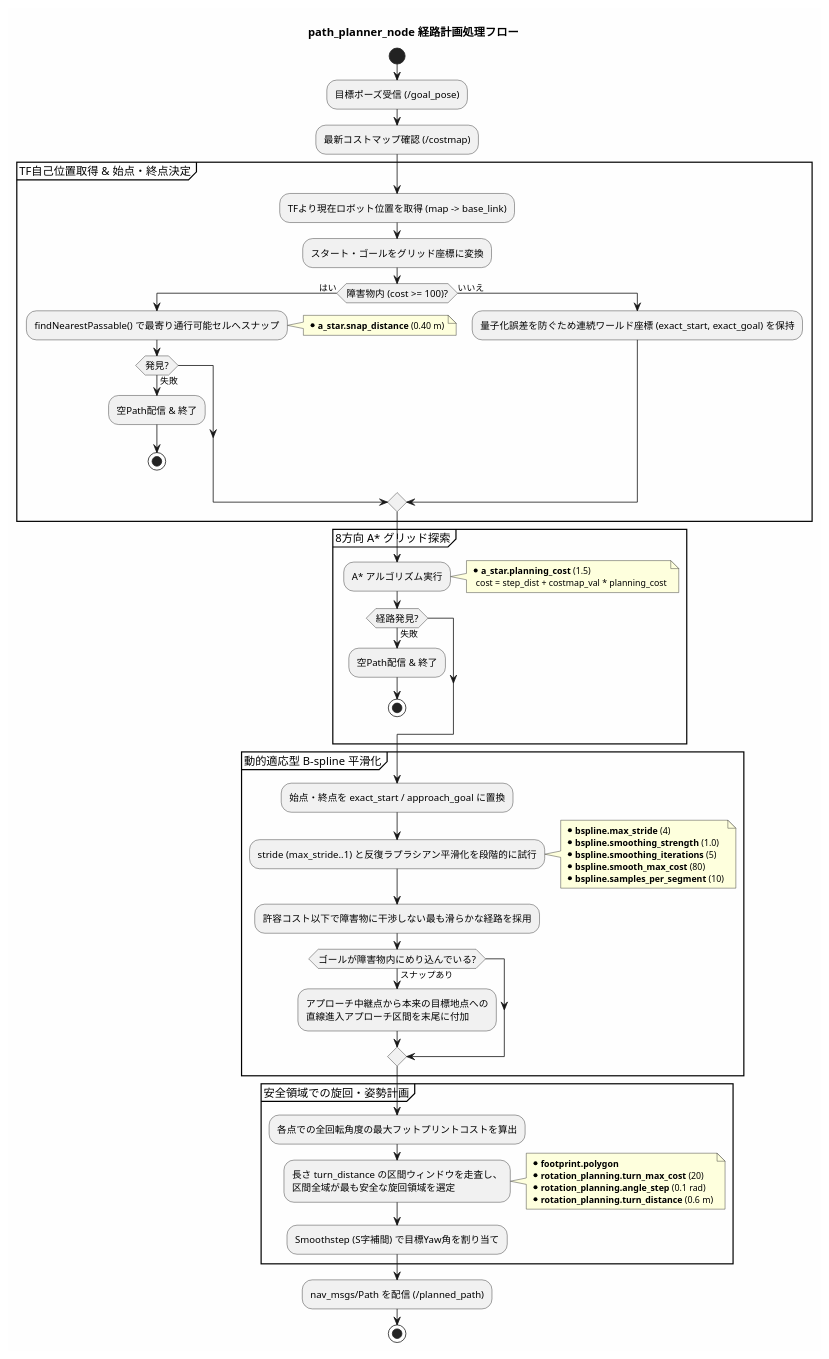
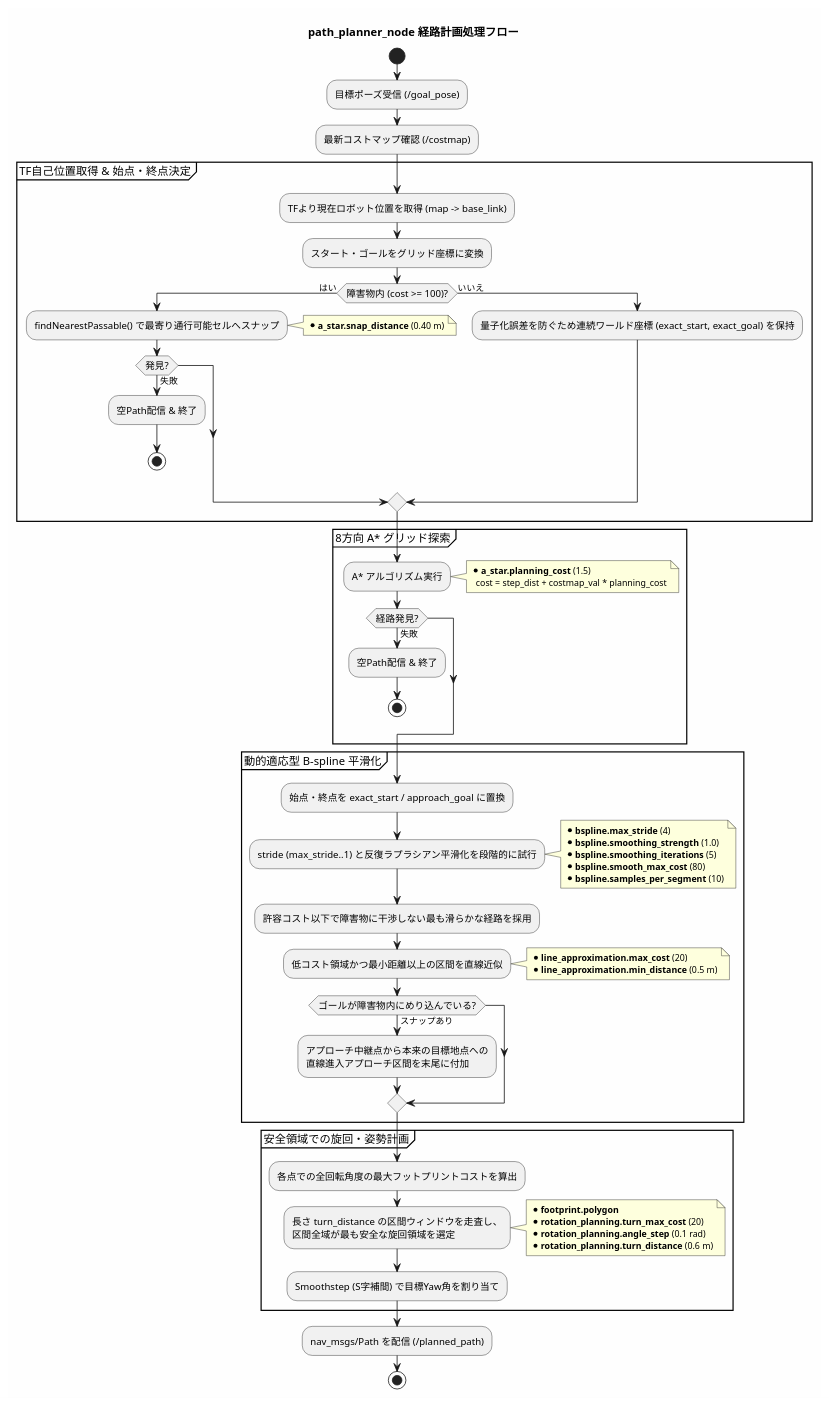
One commit to tmcit-ararobo-2026a/gn10-navigation changed the diagram in docs/path_planner_flow.pu. Above: the diagram before and after it, drawn with PlantUML. The commit also changed 8 other files, not shown here.

```diff
--- a/docs/path_planner_flow.pu
+++ b/docs/path_planner_flow.pu
@@ -1,74 +1,79 @@
 @startuml path_planner_flow
 skinparam backgroundColor #FEFEFE
 skinparam activityFontSize 12
 skinparam noteFontSize 11
 
 title path_planner_node 経路計画処理フロー
 
 start
 
 :目標ポーズ受信 (/goal_pose);
 :最新コストマップ確認 (/costmap);
 
 partition "TF自己位置取得 & 始点・終点決定" {
     :TFより現在ロボット位置を取得 (map -> base_link);
     :スタート・ゴールをグリッド座標に変換;
     if (障害物内 (cost >= 100)?) then (はい)
         :findNearestPassable() で最寄り通行可能セルへスナップ;
         note right
           * <b>a_star.snap_distance</b> (0.40 m)
         end note
         if (発見?) then (失敗)
             :空Path配信 & 終了;
             stop
         endif
     else (いいえ)
         :量子化誤差を防ぐため連続ワールド座標 (exact_start, exact_goal) を保持;
     endif
 }
 
 partition "8方向 A* グリッド探索" {
     :A* アルゴリズム実行;
     note right
       * <b>a_star.planning_cost</b> (1.5)
         cost = step_dist + costmap_val * planning_cost
     end note
     if (経路発見?) then (失敗)
         :空Path配信 & 終了;
         stop
     endif
 }
 
 partition "動的適応型 B-spline 平滑化" {
     :始点・終点を exact_start / approach_goal に置換;
     :stride (max_stride..1) と反復ラプラシアン平滑化を段階的に試行;
     note right
       * <b>bspline.max_stride</b> (4)
       * <b>bspline.smoothing_strength</b> (1.0)
       * <b>bspline.smoothing_iterations</b> (5)
       * <b>bspline.smooth_max_cost</b> (80)
       * <b>bspline.samples_per_segment</b> (10)
     end note
     :許容コスト以下で障害物に干渉しない最も滑らかな経路を採用;
+    :低コスト領域かつ最小距離以上の区間を直線近似;
+    note right
+      * <b>line_approximation.max_cost</b> (20)
+      * <b>line_approximation.min_distance</b> (0.5 m)
+    end note
     if (ゴールが障害物内にめり込んでいる?) then (スナップあり)
         :アプローチ中継点から本来の目標地点への\n直線進入アプローチ区間を末尾に付加;
     endif
 }
 
 partition "安全領域での旋回・姿勢計画" {
     :各点での全回転角度の最大フットプリントコストを算出;
     :長さ turn_distance の区間ウィンドウを走査し、\n区間全域が最も安全な旋回領域を選定;
     note right
       * <b>footprint.polygon</b>
       * <b>rotation_planning.turn_max_cost</b> (20)
       * <b>rotation_planning.angle_step</b> (0.1 rad)
       * <b>rotation_planning.turn_distance</b> (0.6 m)
     end note
     :Smoothstep (S字補間) で目標Yaw角を割り当て;
 }
 
 :nav_msgs/Path を配信 (/planned_path);
 
 stop
 
 @enduml
```
